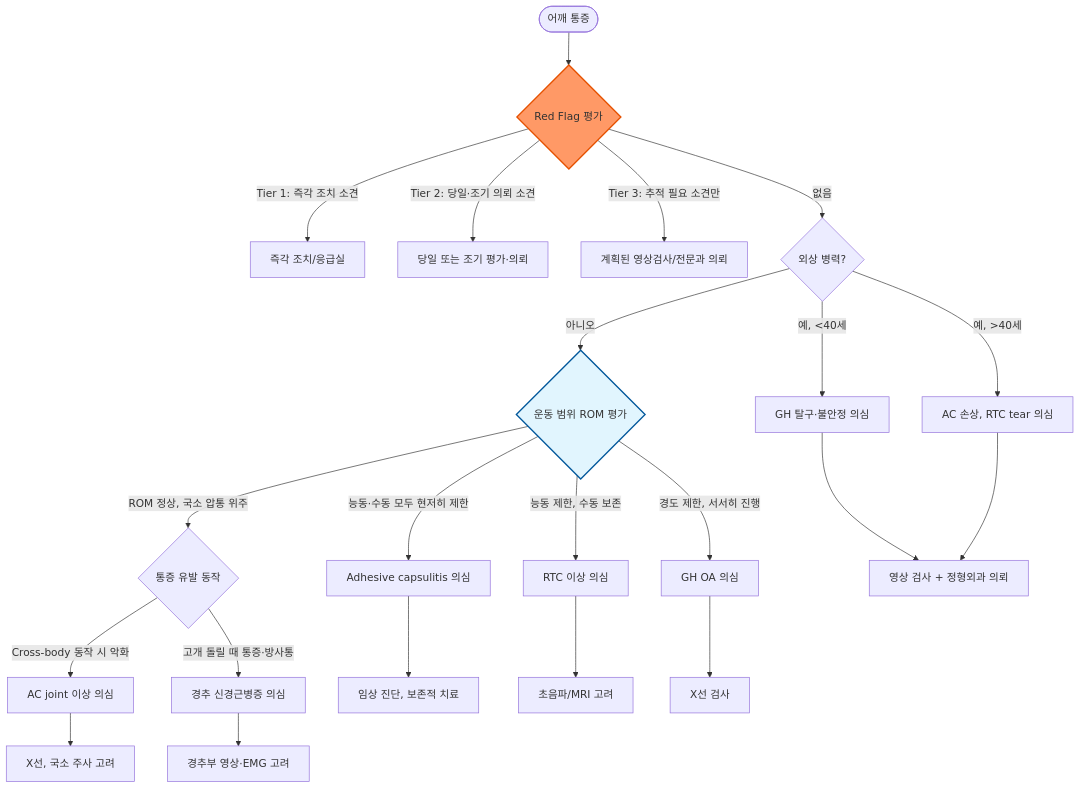
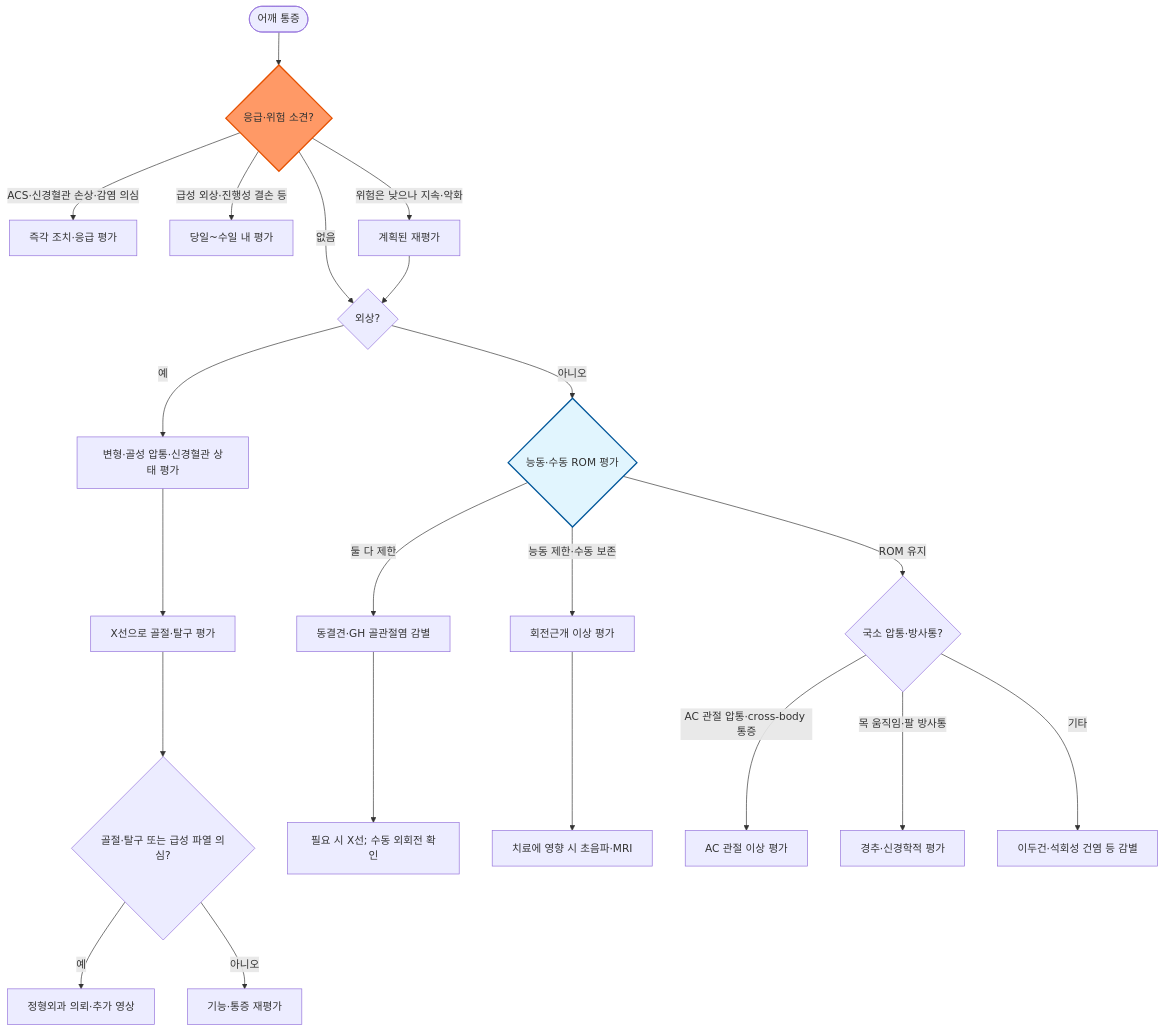
Before and after one commit to familyoh77/familyoh77: the diagram in 228_/139_-shoulder-pain.md, drawn with Mermaid. The commit also changed other lines of this file, not shown here.

````diff
--- a/228_/139_-shoulder-pain.md
+++ b/228_/139_-shoulder-pain.md
@@ -234,27 +257,26 @@
 ```mermaid
 graph TD
-    A([어깨 통증]) --> B{Red Flag 평가}
-    B -->|Tier 1: 즉각 조치 소견| C[즉각 조치/응급실]
-    B -->|Tier 2: 당일·조기 의뢰 소견| C2[당일 또는 조기 평가·의뢰]
-    B -->|Tier 3: 추적 필요 소견만| C3[계획된 영상검사/전문과 의뢰]
-    B -->|없음| D{외상 병력?}
-    D -->|"예, &lt;40세"| E[GH 탈구·불안정 의심]
-    D -->|"예, &gt;40세"| F[AC 손상, RTC tear 의심]
-    D -->|아니오| G{운동 범위 ROM 평가}
-    G -->|능동·수동 모두 현저히 제한| H[Adhesive capsulitis 의심]
-    G -->|능동 제한, 수동 보존| I[RTC 이상 의심]
-    G -->|경도 제한, 서서히 진행| J[GH OA 의심]
-    G -->|ROM 정상, 국소 압통 위주| K{통증 유발 동작}
-    K -->|Cross-body 동작 시 악화| L[AC joint 이상 의심]
-    K -->|고개 돌릴 때 통증·방사통| M[경추 신경근병증 의심]
-    E --> N[영상 검사 + 정형외과 의뢰]
-    F --> N
-    H --> O[임상 진단, 보존적 치료]
-    I --> P[초음파/MRI 고려]
-    J --> Q[X선 검사]
-    L --> R[X선, 국소 주사 고려]
-    M --> S[경추부 영상·EMG 고려]
+    A([어깨 통증]) --> B{응급·위험 소견?}
+    B -->|ACS·신경혈관 손상·감염 의심| C[즉각 조치·응급 평가]
+    B -->|급성 외상·진행성 결손 등| D[당일~수일 내 평가]
+    B -->|위험은 낮으나 지속·악화| E[계획된 재평가]
+    B -->|없음| F{외상?}
+    F -->|예| G[변형·골성 압통·신경혈관 상태 평가]
+    G --> H[X선으로 골절·탈구 평가]
+    H --> I{골절·탈구 또는 급성 파열 의심?}
+    I -->|예| J[정형외과 의뢰·추가 영상]
+    I -->|아니오| K[기능·통증 재평가]
+    E --> F
+    F -->|아니오| L{능동·수동 ROM 평가}
+    L -->|둘 다 제한| M[동결견·GH 골관절염 감별]
+    M --> N[필요 시 X선; 수동 외회전 확인]
+    L -->|능동 제한·수동 보존| O[회전근개 이상 평가]
+    O --> P[치료에 영향 시 초음파·MRI]
+    L -->|ROM 유지| Q{국소 압통·방사통?}
+    Q -->|AC 관절 압통·cross-body 통증| R[AC 관절 이상 평가]
+    Q -->|목 움직임·팔 방사통| S[경추·신경학적 평가]
+    Q -->|기타| T[이두건·석회성 건염 등 감별]
 
     style B fill:#f96,stroke:#e65100,stroke-width:2px
-    style G fill:#e1f5fe,stroke:#01579b,stroke-width:2px
+    style L fill:#e1f5fe,stroke:#01579b,stroke-width:2px
 ```
````
